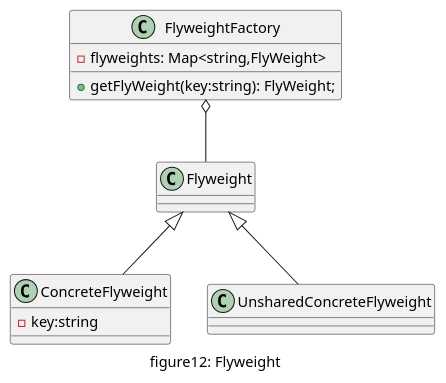
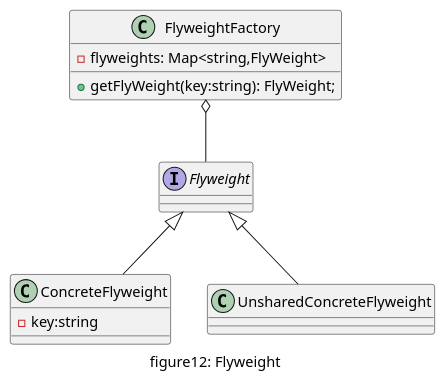
The diagram in doc/uml/12_flyweight.pu (daileyet/designpattern4cplusplus), drawn with PlantUML before and after one commit. The commit also changed 33 other files, not shown here.

Commit message:
add iterator and change uml before

```diff
--- a/doc/uml/12_flyweight.pu
+++ b/doc/uml/12_flyweight.pu
@@ -1,20 +1,20 @@
 @startuml "figure12_flyweight"
 caption figure12: Flyweight
 
-class Flyweight{}
+interface Flyweight{}
 class ConcreteFlyweight{
     - key:string
 }
 class UnsharedConcreteFlyweight{}
 
 Flyweight <|-- ConcreteFlyweight
 Flyweight <|-- UnsharedConcreteFlyweight
 
 
 class FlyweightFactory{
     - flyweights: Map<string,FlyWeight>
     + getFlyWeight(key:string): FlyWeight;
 }
 
 FlyweightFactory o-- Flyweight
 @enduml
```
